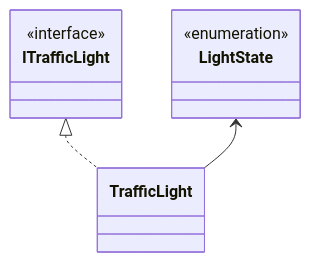
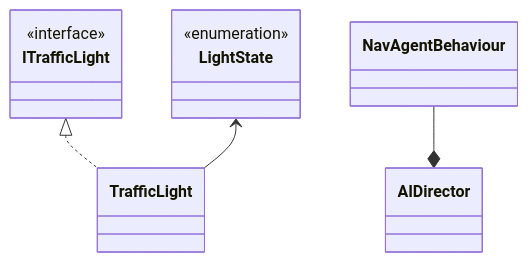
One commit to bryanb619/Sim-City changed the diagram in README.md. Above: the diagram before and after it, drawn with Mermaid. The commit also changed other lines of this file, not shown here.

````diff
--- a/README.md
+++ b/README.md
@@ -72,15 +75,16 @@
 ```mermaid
 
 classDiagram
 
     ITrafficLight          <|.. TrafficLight
     LightState             <--  TrafficLight
+    NavAgentBehaviour      --*  AIDirector           
 
 
     class ITrafficLight
     <<interface>> ITrafficLight
 
     class LightState
     <<enumeration>> LightState 
 
 ```
````
